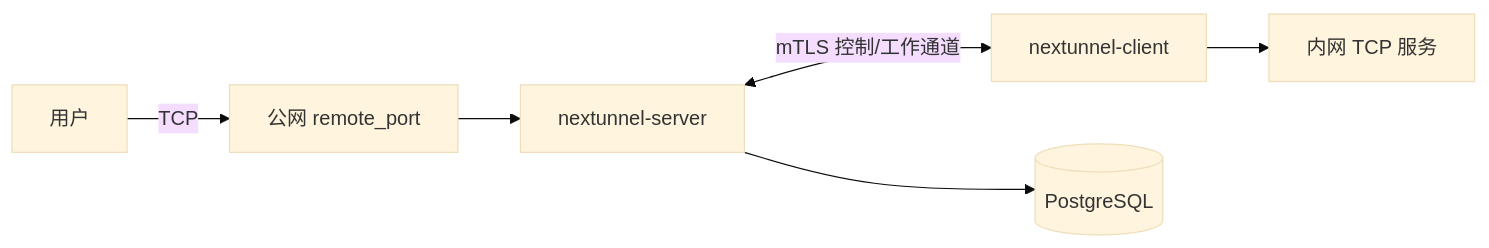
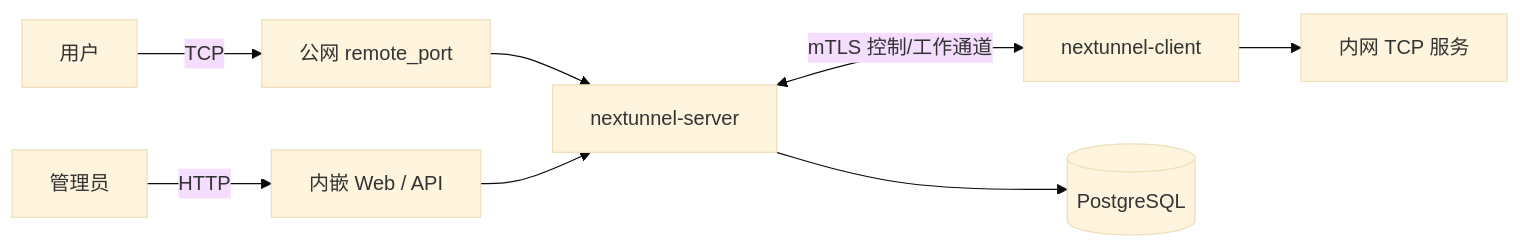
Before and after one commit to xiaotiancaipro/nextunnel: the diagram in README_zh.md, drawn with Mermaid (base theme). The commit also changed other lines of this file and 6 other files, not shown here.

````diff
--- a/README_zh.md
+++ b/README_zh.md
@@ -23,8 +23,10 @@
 ```mermaid
 flowchart LR
     User[用户] -->|TCP| Port[公网 remote_port]
     Port --> Server[nextunnel-server]
     Server <-->|mTLS 控制/工作通道| Client[nextunnel-client]
     Client --> Service[内网 TCP 服务]
     Server --> PG[(PostgreSQL)]
+    Admin[管理员] -->|HTTP| Web[内嵌 Web / API]
+    Web --> Server
 ```
````
